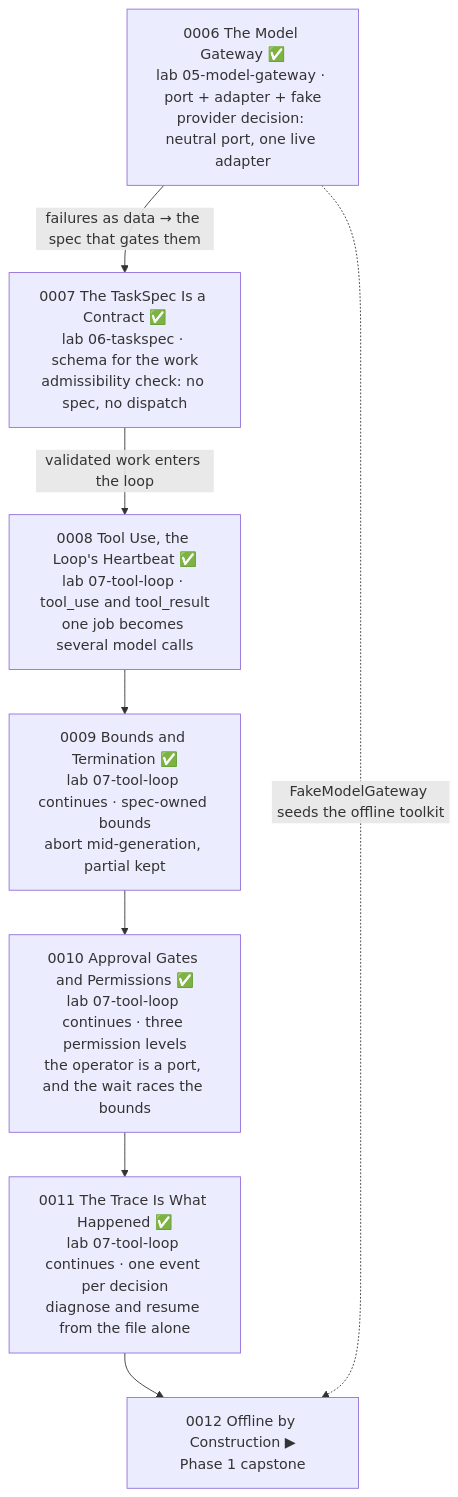
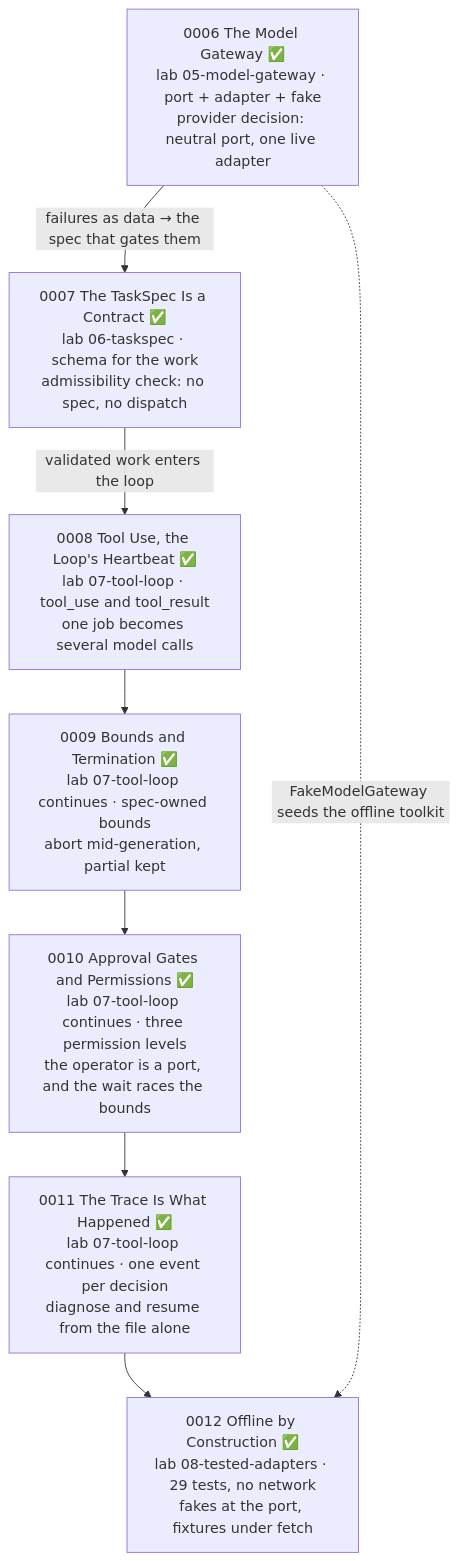
Before and after one commit to JozsefKiss90/TS: the third of 4 diagrams in wiki/course/course-module-graph.md, drawn with Mermaid. The commit also changed other lines of this file and 25 other files, not shown here.

First line of the commit message:
Ship lesson 0012 - Offline by Construction; Phase 1 complete

````diff
--- a/wiki/course/course-module-graph.md
+++ b/wiki/course/course-module-graph.md
@@ -54,14 +54,14 @@
 ```mermaid
 flowchart TD
     M6["0006 The Model Gateway ✅<br/>lab 05-model-gateway · port + adapter + fake<br/>provider decision: neutral port, one live adapter"]
     M7["0007 The TaskSpec Is a Contract ✅<br/>lab 06-taskspec · schema for the work<br/>admissibility check: no spec, no dispatch"]
     M8["0008 Tool Use, the Loop's Heartbeat ✅<br/>lab 07-tool-loop · tool_use and tool_result<br/>one job becomes several model calls"]
     M9["0009 Bounds and Termination ✅<br/>lab 07-tool-loop continues · spec-owned bounds<br/>abort mid-generation, partial kept"]
     M10["0010 Approval Gates and Permissions ✅<br/>lab 07-tool-loop continues · three permission levels<br/>the operator is a port, and the wait races the bounds"]
     M11["0011 The Trace Is What Happened ✅<br/>lab 07-tool-loop continues · one event per decision<br/>diagnose and resume from the file alone"]
-    M12["0012 Offline by Construction ▶<br/>Phase 1 capstone"]
+    M12["0012 Offline by Construction ✅<br/>lab 08-tested-adapters · 29 tests, no network<br/>fakes at the port, fixtures under fetch"]
     M6 -->|"failures as data → the spec that gates them"| M7
     M7 -->|"validated work enters the loop"| M8
     M8 --> M9 --> M10 --> M11 --> M12
     M6 -.->|"FakeModelGateway seeds the offline toolkit"| M12
 ```
````
